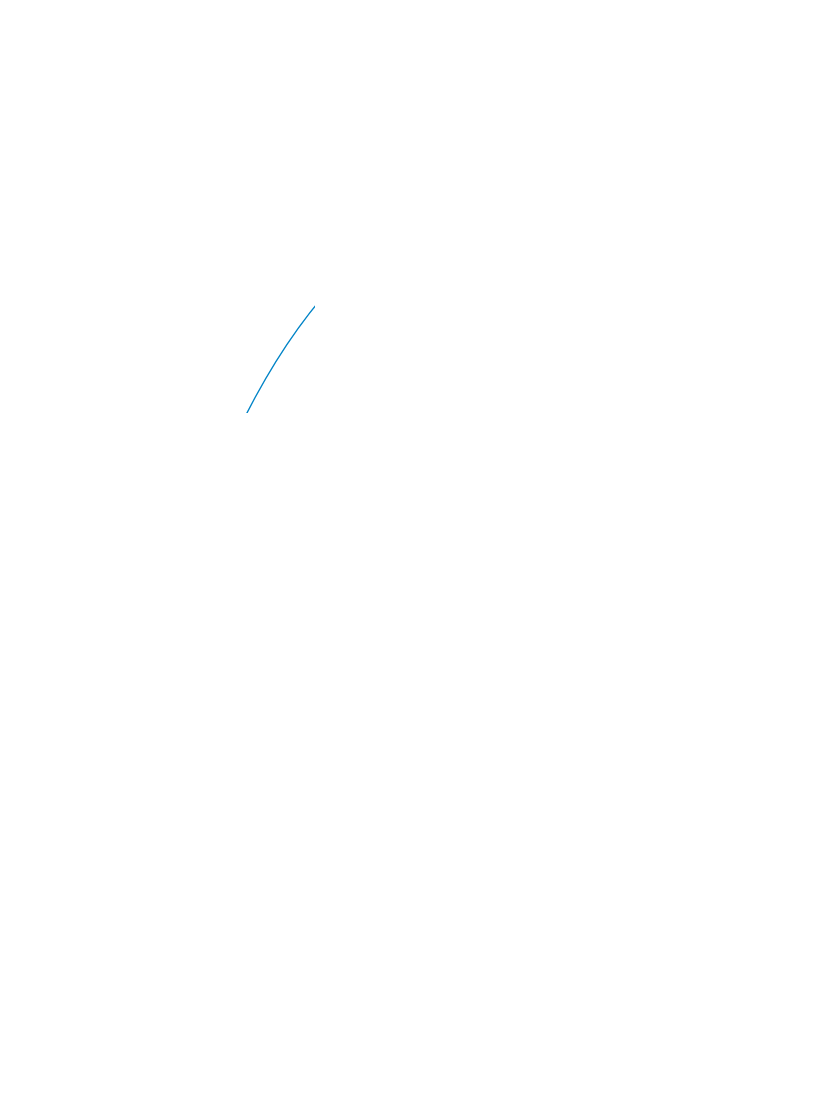
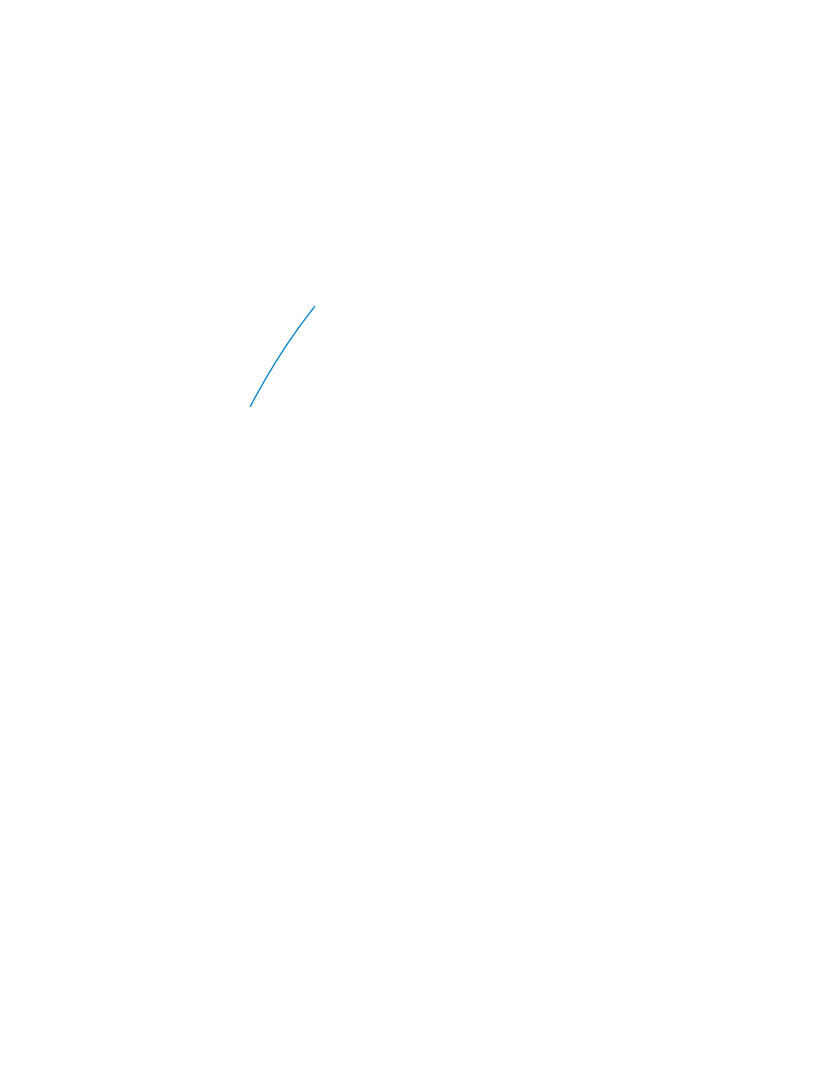
The diagram in 分布式系统/images/topic-02-mindmap.dot (zingerWang/Jobs), drawn with Graphviz before and after one commit. The commit also changed 3 other files, not shown here.

```diff
--- a/分布式系统/images/topic-02-mindmap.dot
+++ b/分布式系统/images/topic-02-mindmap.dot
@@ -1,20 +1,20 @@
 digraph G {
 graph [rankdir=LR, bgcolor="white", dpi=200, pad=0.3, nodesep=0.3, ranksep=0.6, fontname="PingFang SC", labelloc=t, label=<<FONT POINT-SIZE="24" COLOR="#1E293B"><B>一致性与 CAP</B></FONT><BR/><FONT POINT-SIZE="13" COLOR="#64748B">正文、文字树与配图统一维护</FONT>>];
 node [shape=plaintext, fontname="PingFang SC"];
 edge [fontname="PingFang SC", fontsize=11, arrowhead=normal, arrowsize=0.7, color="#0284C7", fontcolor="#0284C7"];
 root [label=<<TABLE BORDER="0" CELLBORDER="0" CELLSPACING="0" CELLPADDING="9"><TR><TD BGCOLOR="#4F46E5"><FONT COLOR="white" POINT-SIZE="15"><B>一致性与 CAP</B></FONT></TD></TR><TR><TD BGCOLOR="#EEF2FF" ALIGN="LEFT"><FONT COLOR="#1E293B" POINT-SIZE="12">问题 → 机制 → 失败边界 → 验证</FONT></TD></TR></TABLE>>];
 n0 [label=<<TABLE BORDER="0" CELLBORDER="0" CELLSPACING="0" CELLPADDING="9"><TR><TD BGCOLOR="#0284C7"><FONT COLOR="white" POINT-SIZE="15"><B>一致性模型</B></FONT></TD></TR><TR><TD BGCOLOR="#F0F9FF" ALIGN="LEFT"><FONT COLOR="#1E293B" POINT-SIZE="12">线性一致：调用与返回之间生效，整段历史使用同一合法顺序<BR ALIGN="LEFT"/>完成后才开始的操作保持先后；重叠操作不能任意新旧交替<BR ALIGN="LEFT"/>顺序一致保留进程顺序<BR ALIGN="LEFT"/>因果依赖与最终收敛分别约束</FONT></TD></TR></TABLE>>];
 n1 [label=<<TABLE BORDER="0" CELLBORDER="0" CELLSPACING="0" CELLPADDING="9"><TR><TD BGCOLOR="#0284C7"><FONT COLOR="white" POINT-SIZE="15"><B>CAP 与 BASE</B></FONT></TD></TR><TR><TD BGCOLOR="#F0F9FF" ALIGN="LEFT"><FONT COLOR="#1E293B" POINT-SIZE="12">分区时不能兼得线性一致与所有请求完成<BR ALIGN="LEFT"/>BASE 可与本地 ACID 事务结合</FONT></TD></TR></TABLE>>];
 n2 [label=<<TABLE BORDER="0" CELLBORDER="0" CELLSPACING="0" CELLPADDING="9"><TR><TD BGCOLOR="#0284C7"><FONT COLOR="white" POINT-SIZE="15"><B>会话保证</B></FONT></TD></TR><TR><TD BGCOLOR="#F0F9FF" ALIGN="LEFT"><FONT COLOR="#1E293B" POINT-SIZE="12">读己之写、单调读、单调写、读后写<BR ALIGN="LEFT"/>版本随请求传播；落后时等待或换副本</FONT></TD></TR></TABLE>>];
 n3 [label=<<TABLE BORDER="0" CELLBORDER="0" CELLSPACING="0" CELLPADDING="9"><TR><TD BGCOLOR="#0284C7"><FONT COLOR="white" POINT-SIZE="15"><B>事务隔离</B></FONT></TD></TR><TR><TD BGCOLOR="#F0F9FF" ALIGN="LEFT"><FONT COLOR="#1E293B" POINT-SIZE="12">MVCC 快照不能自动阻止写偏斜<BR ALIGN="LEFT"/>可串行化与条件保护；失败后重试整个事务</FONT></TD></TR></TABLE>>];
 n4 [label=<<TABLE BORDER="0" CELLBORDER="0" CELLSPACING="0" CELLPADDING="9"><TR><TD BGCOLOR="#0284C7"><FONT COLOR="white" POINT-SIZE="15"><B>实验与反例</B></FONT></TD></TR><TR><TD BGCOLOR="#F0F9FF" ALIGN="LEFT"><FONT COLOR="#1E293B" POINT-SIZE="12">构造旧读、因果乱序和收敛延迟<BR ALIGN="LEFT"/>区分仿真分布与线上承诺</FONT></TD></TR></TABLE>>];
-n5 [label=<<TABLE BORDER="0" CELLBORDER="0" CELLSPACING="0" CELLPADDING="9"><TR><TD BGCOLOR="#0284C7"><FONT COLOR="white" POINT-SIZE="15"><B>正常运行时的取舍</B></FONT></TD></TR><TR><TD BGCOLOR="#F0F9FF" ALIGN="LEFT"><FONT COLOR="#1E293B" POINT-SIZE="12">PACELC：跨机房协调与延迟<BR ALIGN="LEFT"/>会话保证不能凭名称推导包含关系</FONT></TD></TR></TABLE>>];
+n5 [label=<<TABLE BORDER="0" CELLBORDER="0" CELLSPACING="0" CELLPADDING="9"><TR><TD BGCOLOR="#0284C7"><FONT COLOR="white" POINT-SIZE="15"><B>保证的边界</B></FONT></TD></TR><TR><TD BGCOLOR="#F0F9FF" ALIGN="LEFT"><FONT COLOR="#1E293B" POINT-SIZE="12">会话保证不能凭名称推导包含关系</FONT></TD></TR></TABLE>>];
 root -> n0;
 root -> n1;
 root -> n2;
 root -> n3;
 root -> n4;
 root -> n5;
 engineering [label=<<TABLE BORDER="0" CELLBORDER="0" CELLSPACING="0" CELLPADDING="9"><TR><TD BGCOLOR="#D97706"><FONT COLOR="white" POINT-SIZE="15"><B>跨机房会话</B></FONT></TD></TR><TR><TD BGCOLOR="#FFFBEB" ALIGN="LEFT"><FONT COLOR="#1E293B" POINT-SIZE="12">切换携带最低已见版本，副本验证应用进度<BR ALIGN="LEFT"/>粘性路由减少等待，不替代版本与持久性保证</FONT></TD></TR></TABLE>>];
 root -> engineering [color="#D97706",fontcolor="#D97706"];
 }
```
